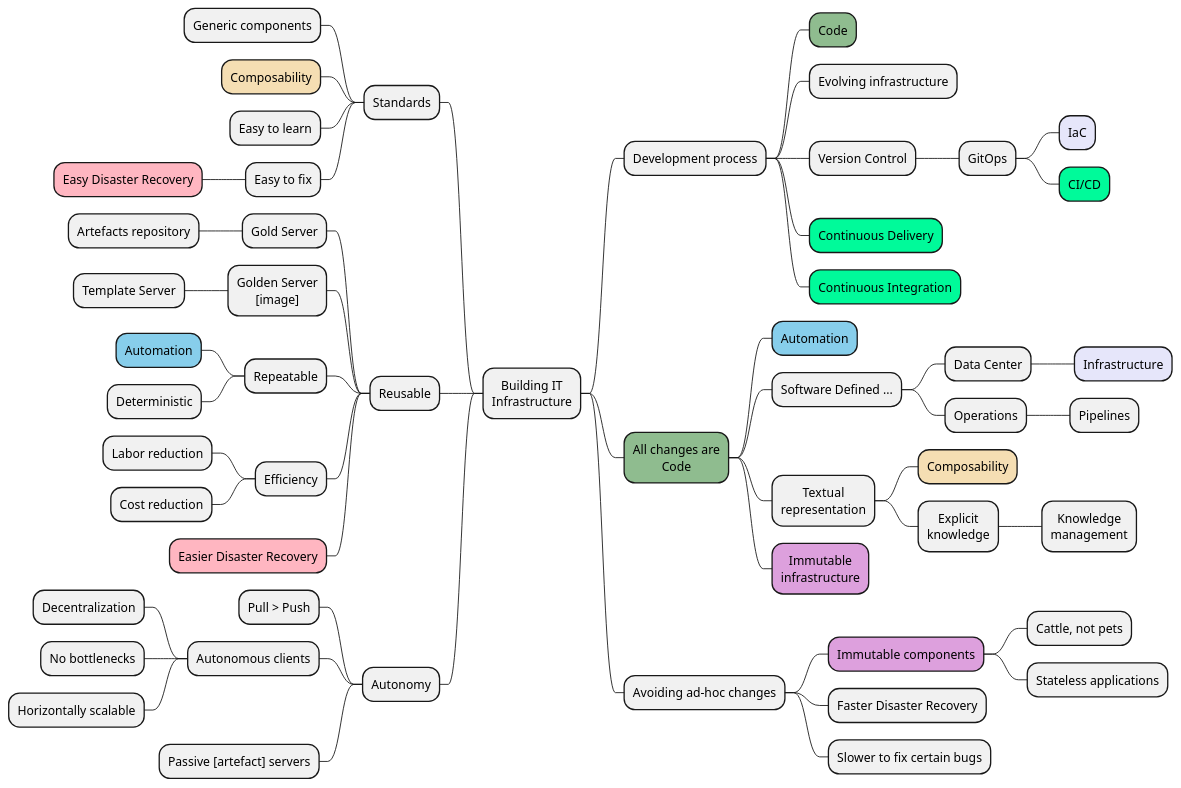
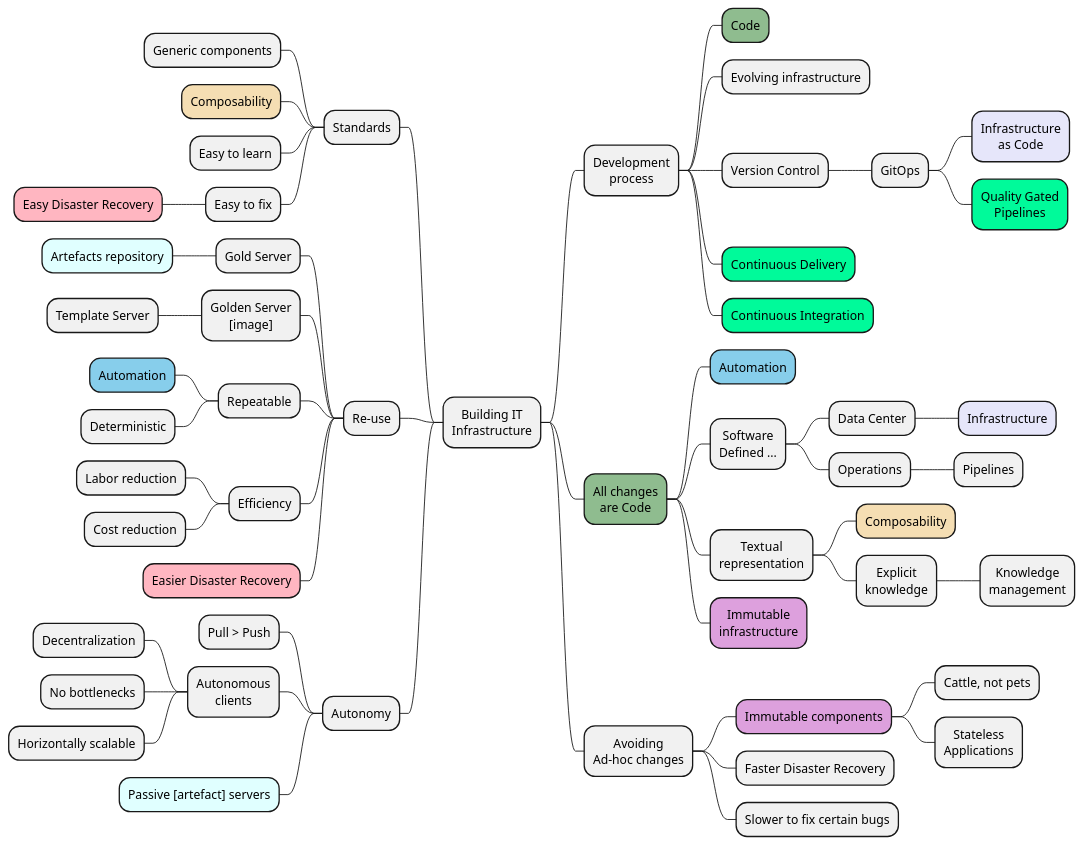
Before and after one commit to pgpbpadilla/pgpbpadilla.github.io: the diagram in assets/diagram/mindmap-infra.puml, drawn with PlantUML. The commit also changed 1 other file, not shown here.

Commit message:
chg: diag: add new lines to make diagram thinner

```diff
--- a/assets/diagram/mindmap-infra.puml
+++ b/assets/diagram/mindmap-infra.puml
@@ -1,70 +1,70 @@
 @startmindmap
 
 skinparam defaultTextAlignment center
 
 * Building IT\nInfrastructure
 
-** Development process
+** Development\nprocess
 ***[#DarkSeaGreen] Code
 *** Evolving infrastructure
 *** Version Control
 **** GitOps
-*****[#Lavender] IaC
-*****[#MediumSpringGreen] CI/CD
+*****[#Lavender] Infrastructure\nas Code
+*****[#MediumSpringGreen] Quality Gated\nPipelines
 ***[#MediumSpringGreen] Continuous Delivery
 ***[#MediumSpringGreen] Continuous Integration
 
 
-**[#DarkSeaGreen] All changes are\nCode
+**[#DarkSeaGreen] All changes\nare Code
 ***[#SkyBlue] Automation
-*** Software Defined ...
+*** Software\nDefined ...
 **** Data Center
 *****[#Lavender] Infrastructure
 **** Operations
 ***** Pipelines
 
 *** Textual\nrepresentation
 ****[#Wheat] Composability
 **** Explicit\nknowledge
 ***** Knowledge\nmanagement
 
 ***[#Plum] Immutable\ninfrastructure
 
-** Avoiding ad-hoc changes
+** Avoiding\nAd-hoc changes
 ***[#Plum] Immutable components
 **** Cattle, not pets
-**** Stateless applications
+**** Stateless\nApplications
 *** Faster Disaster Recovery
 *** Slower to fix certain bugs
 
 -- Standards
 --- Generic components
 ---[#Wheat] Composability
 --- Easy to learn
 --- Easy to fix
 ----[#LightPink] Easy Disaster Recovery
 
--- Reusable
+-- Re-use
 --- Gold Server
----- Artefacts repository
+----[#LightCyan] Artefacts repository
 --- Golden Server\n[image]
 ---- Template Server
 --- Repeatable
 ----[#SkyBlue] Automation
 ---- Deterministic
 --- Efficiency
 ---- Labor reduction
 ---- Cost reduction
 ---[#LightPink] Easier Disaster Recovery
 
 
 -- Autonomy
 --- Pull > Push
---- Autonomous clients
+--- Autonomous\nclients
 ---- Decentralization
 ---- No bottlenecks
 ---- Horizontally scalable
---- Passive [artefact] servers
+---[#LightCyan] Passive [artefact] servers
 
 
 @endmindmap
```
